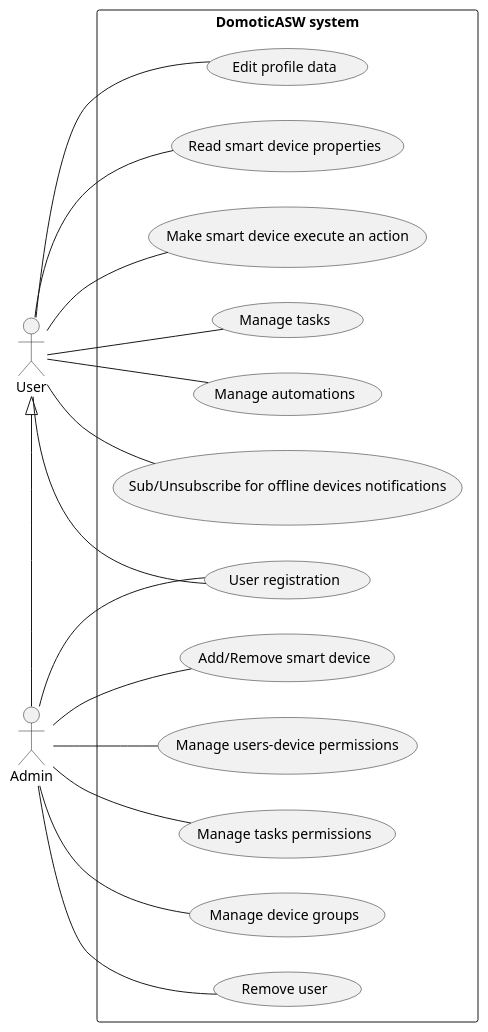
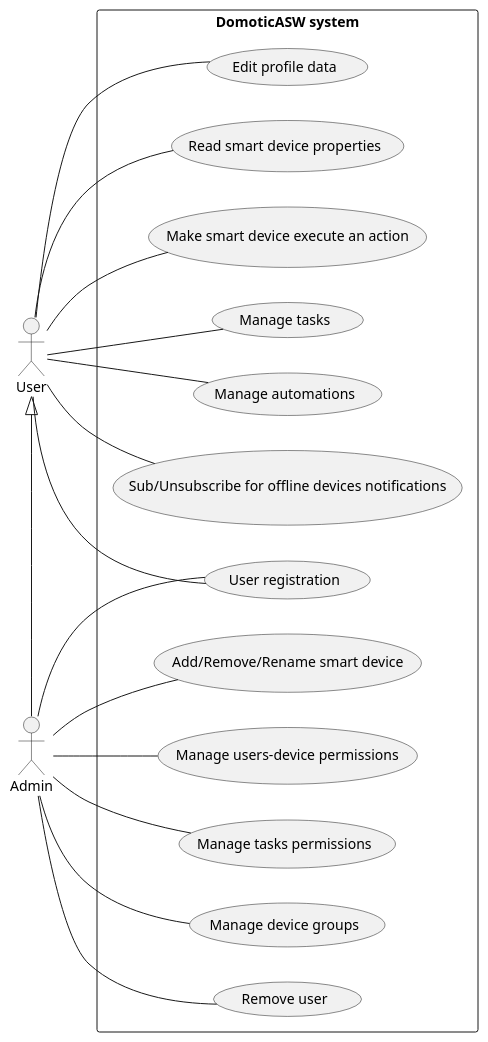
The diagram in diagrams/src/use-case.puml (DomoticASW/.github), drawn with PlantUML before and after one commit. The commit also changed 2 other files, not shown here.

Commit message:
Add rename device use-case

```diff
--- a/diagrams/src/use-case.puml
+++ b/diagrams/src/use-case.puml
@@ -1,27 +1,27 @@
 @startuml use-case
 
 left to right direction
 
 actor User
 actor Admin
 
 Admin -l-|> User
 
 rectangle "DomoticASW system" {
-    Admin -- (Add/Remove smart device)
+    Admin -- (Add/Remove/Rename smart device)
     Admin -- (Manage users-device permissions)
     Admin -- (Manage tasks permissions)
     usecase "User registration" as (registration)
     Admin -- (registration)
     User -- (registration)
     Admin -- (Remove user)
     Admin -- (Manage device groups)
     User -- (Edit profile data)
     User -- (Read smart device properties)
     User -- (Make smart device execute an action)
     User -- (Manage tasks)
     User -- (Manage automations)
     User -- (Sub/Unsubscribe for offline devices notifications)
 }
 
 @enduml
```
